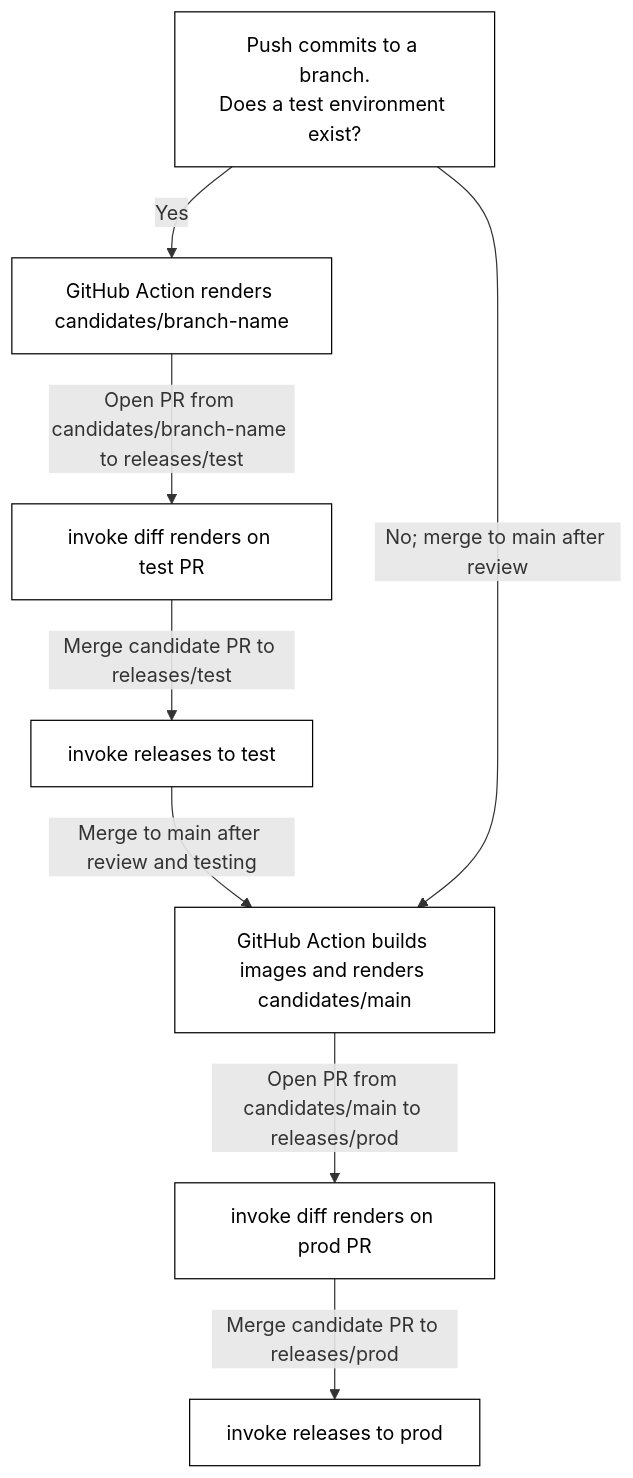
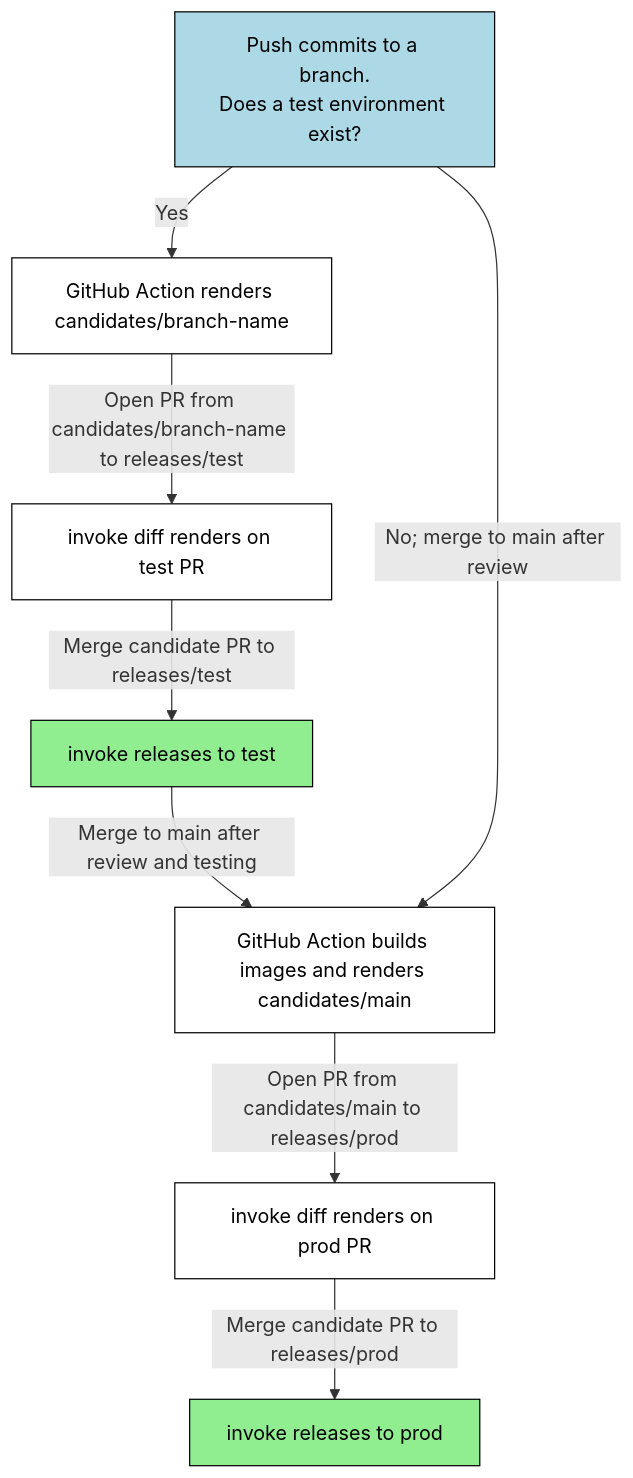
The diagram in ci/README.md (cal-itp/data-infra), drawn with Mermaid before and after one commit. The commit also changed other lines of this file, not shown here.

Commit message:
style diagram

````diff
--- a/ci/README.md
+++ b/ci/README.md
@@ -21,18 +23,21 @@
 ```mermaid
 flowchart TD
-classDef default fill:white, color:black, stroke:black, stroke-width:1px
-classDef group_labelstyle fill:#cde6ef, color:black, stroke-width:0px
-class ingestion_label,modeling_label,analysis_label group_labelstyle
+classDef default fill:white, color:black, stroke:black
+classDef initial fill:lightblue, color:black
+classDef deploy fill:lightgreen, color:black
 
 pr[Push commits to a branch.\nDoes a test environment exist?]
 candidates_branch[GitHub Action renders candidates/branch-name]
 branch_diff[invoke diff renders on test PR]
 branch_invoke[invoke releases to test]
 
 candidates_main[GitHub Action builds images and renders candidates/main]
 prod_diff[invoke diff renders on prod PR]
 prod_invoke[invoke releases to prod]
 
 pr -- Yes --> candidates_branch -- "Open PR from candidates/branch-name to releases/test" --> branch_diff -- "Merge candidate PR to releases/test" --> branch_invoke -- Merge to main after review and testing --> candidates_main -- "Open PR from candidates/main to releases/prod" --> prod_diff -- "Merge candidate PR to releases/prod" --> prod_invoke
 pr -- "No; merge to main after review" --> candidates_main
+
+class pr initial
+class branch_invoke,prod_invoke deploy
 ```
````
